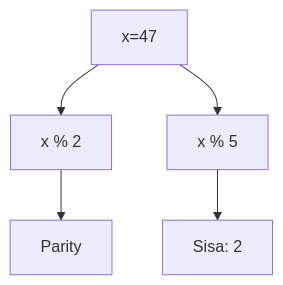
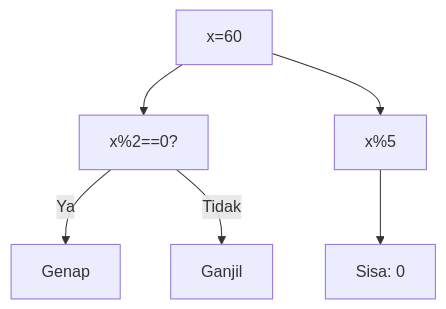
The third of 25 diagrams in part-c-pemahaman-cpp/03-perulangan/latihan/set-01.md (amnahwaida/OSNK_INF_PREP), drawn with Mermaid before and after one commit. The commit also changed other lines of this file and 71 other files, not shown here.

Commit message:
Fixed Mermaid syntax lexical errors with quoted labels in 1,800 questions

````diff
--- a/part-c-pemahaman-cpp/03-perulangan/latihan/set-01.md
+++ b/part-c-pemahaman-cpp/03-perulangan/latihan/set-01.md
@@ -141,7 +91,8 @@
 ```mermaid
 graph TD
-A[x=47] --> B[x % 2]
-B --> C[Parity]
-A --> D[x % 5]
-D --> E[Sisa: 2]
+A["x=60"] --> B["x%2==0?"]
+B -- Ya --> C["Genap"]
+B -- Tidak --> D["Ganjil"]
+A --> E["x%5"]
+E --> F["Sisa: 0"]
 ```
````
